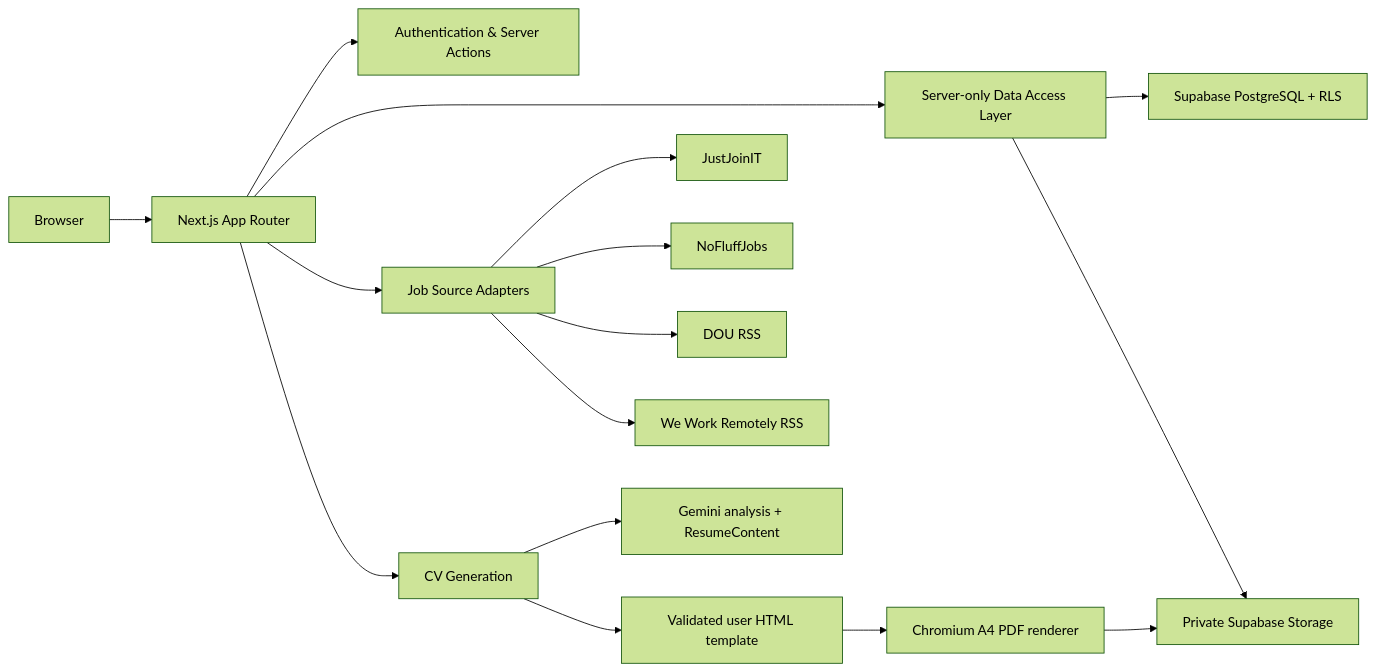
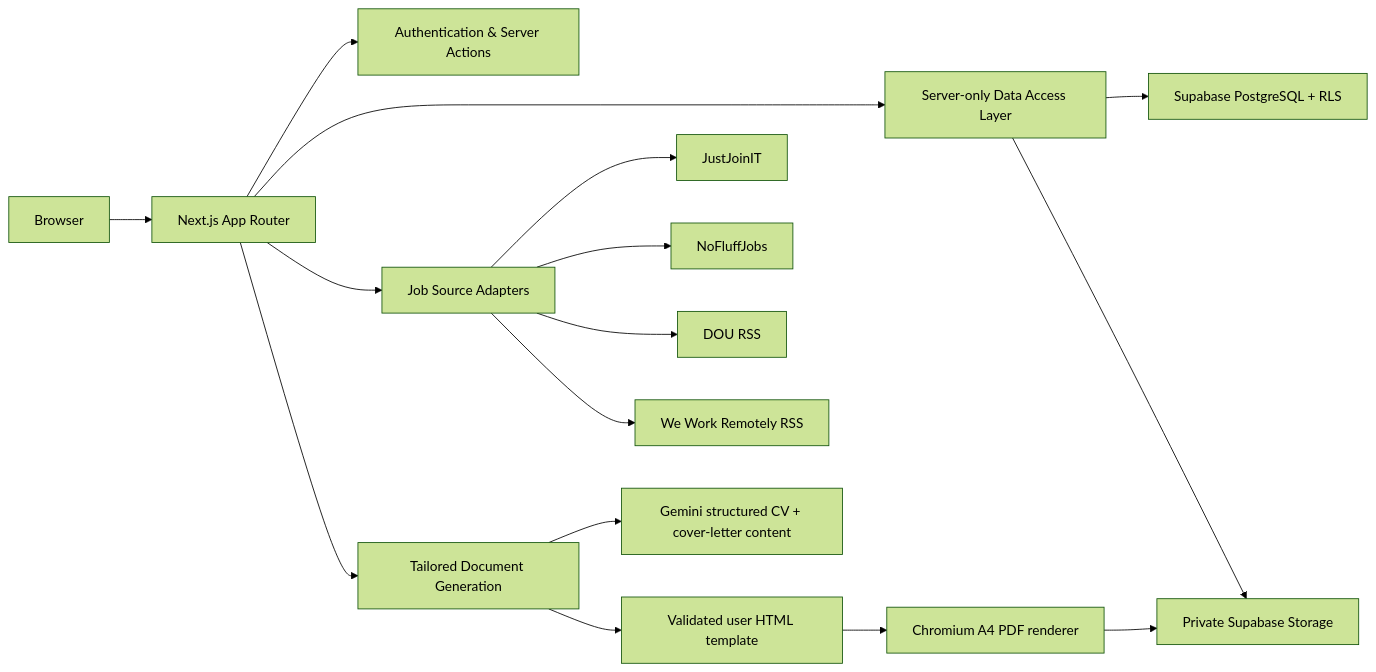
Before and after one commit to yevhen-bychkov-dev/job_search: the diagram in README.md, drawn with Mermaid (forest theme). The commit also changed other lines of this file and 22 other files, not shown here.

Commit message:
feat: add cover letter generation

````diff
--- a/README.md
+++ b/README.md
@@ -38,22 +39,22 @@
 ```mermaid
 flowchart LR
     Browser --> Next["Next.js App Router"]
 
     Next --> Auth["Authentication & Server Actions"]
     Next --> DAL["Server-only Data Access Layer"]
     Next --> Sources["Job Source Adapters"]
-    Next --> CV["CV Generation"]
+    Next --> CV["Tailored Document Generation"]
 
     DAL --> DB["Supabase PostgreSQL + RLS"]
     DAL --> Storage["Private Supabase Storage"]
 
     Sources --> JJ["JustJoinIT"]
     Sources --> NF["NoFluffJobs"]
     Sources --> DOU["DOU RSS"]
     Sources --> WWR["We Work Remotely RSS"]
 
-    CV --> Gemini["Gemini analysis + ResumeContent"]
+    CV --> Gemini["Gemini structured CV + cover-letter content"]
     CV --> Template["Validated user HTML template"]
     Template --> PDF["Chromium A4 PDF renderer"]
     PDF --> Storage
 ```
````
